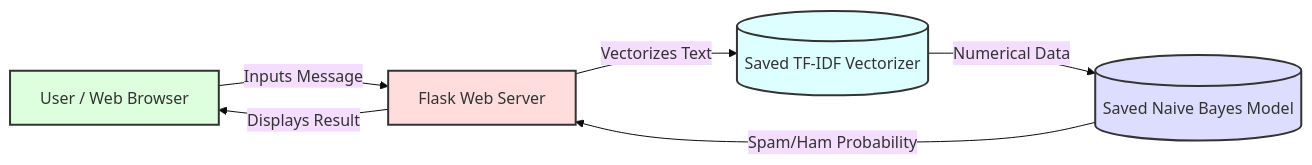
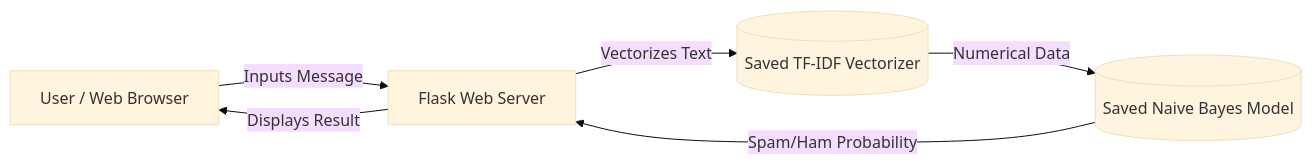
The second of 2 diagrams in README.md (iamnitishpattar/SMS-spam-classifier), drawn with Mermaid (base theme) before and after one commit. The commit also changed other lines of this file, not shown here.

Commit message:
fix: remove custom mermaid styles for better dark mode readability

````diff
--- a/README.md
+++ b/README.md
@@ -59,13 +56,8 @@
 ```mermaid
 graph LR
     User[User / Web Browser] -->|Inputs Message| App[Flask Web Server]
     App -->|Vectorizes Text| Vectorizer[(Saved TF-IDF Vectorizer)]
     Vectorizer -->|Numerical Data| Model[(Saved Naive Bayes Model)]
     Model -->|Spam/Ham Probability| App
     App -->|Displays Result| User
-    
-    style User fill:#dfd,stroke:#333,stroke-width:2px
-    style App fill:#fdd,stroke:#333,stroke-width:2px
-    style Vectorizer fill:#dff,stroke:#333,stroke-width:2px
-    style Model fill:#ddf,stroke:#333,stroke-width:2px
 ```
````
